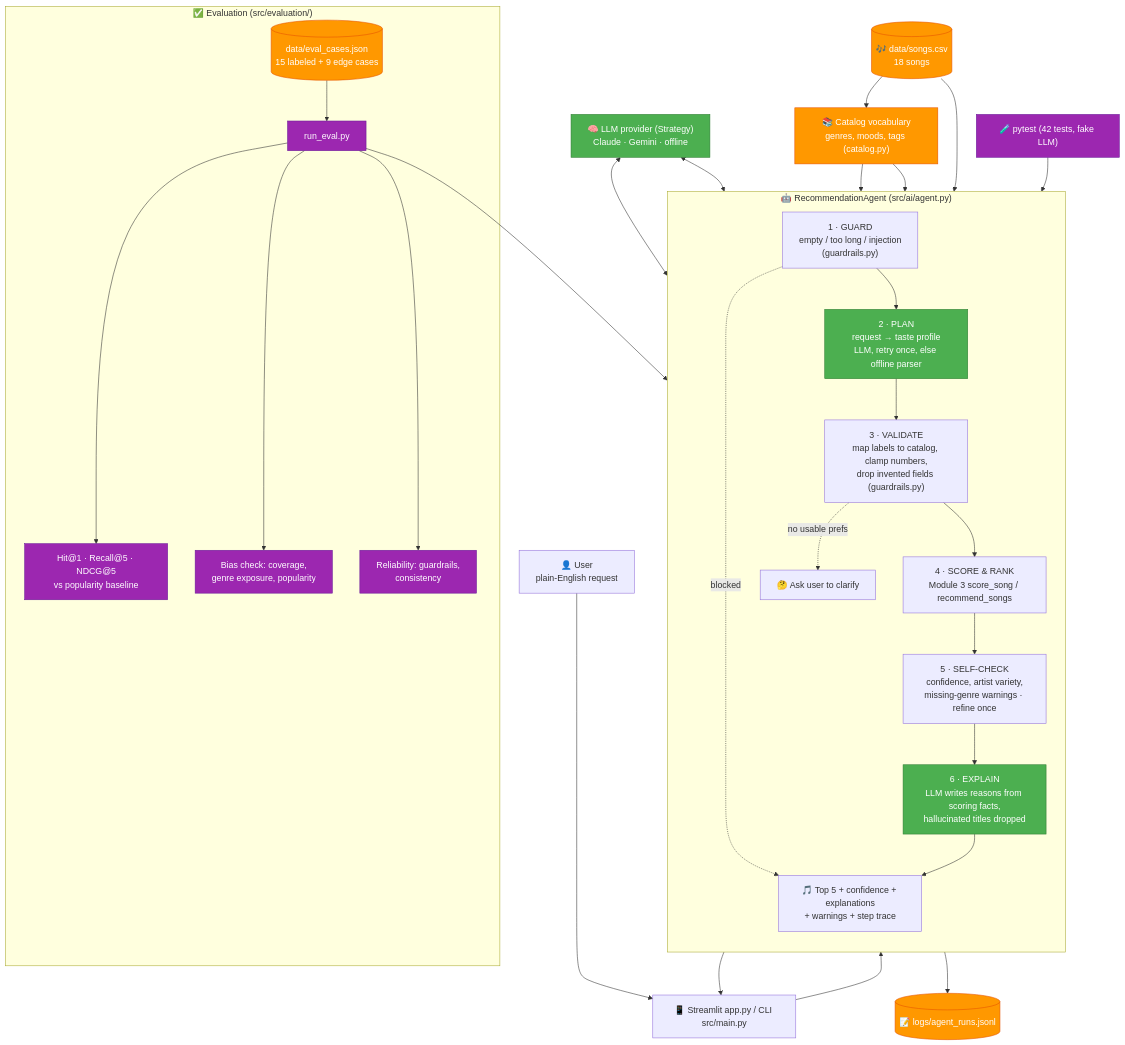
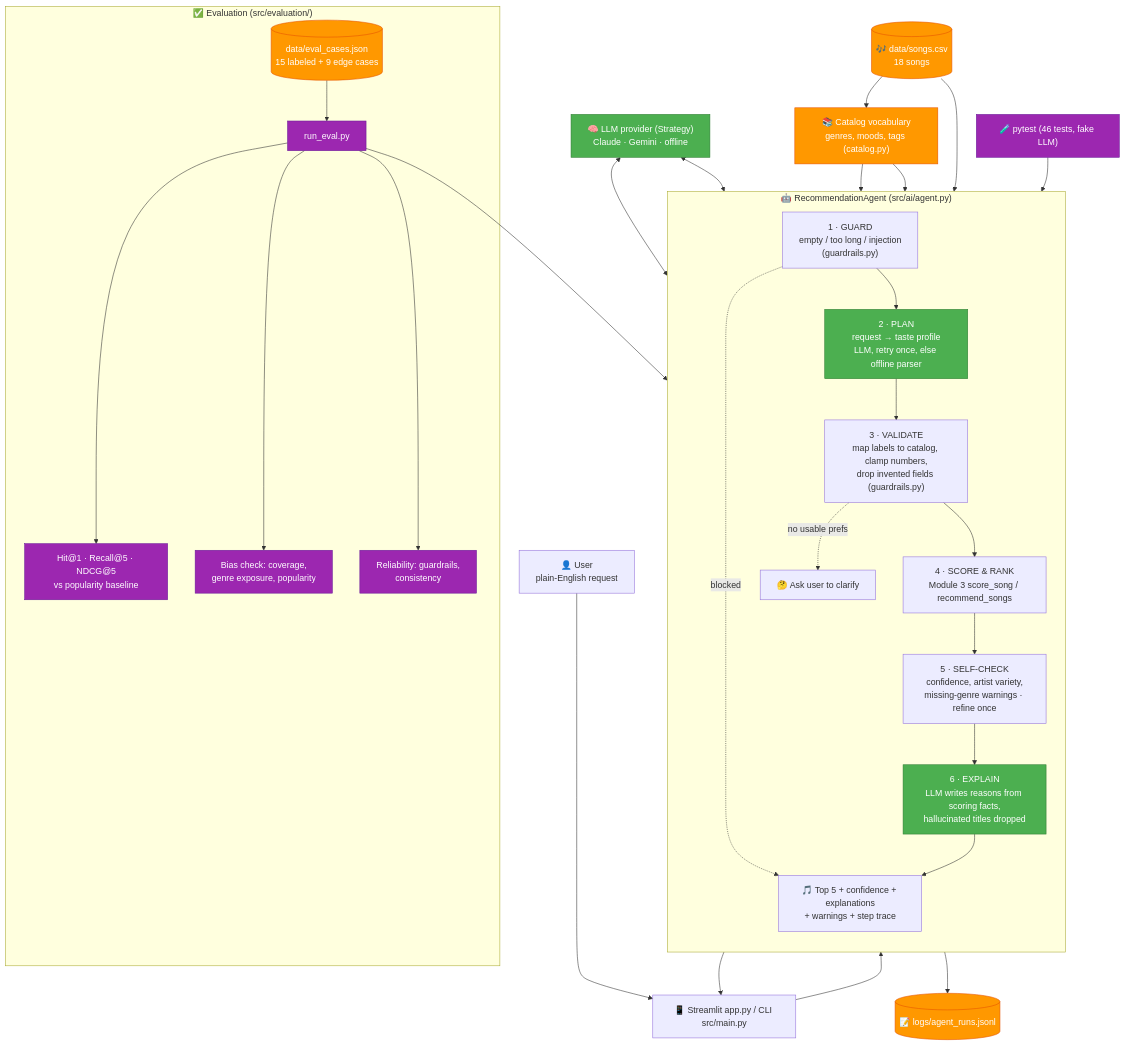
Before and after one commit to zloy-bobr/applied-ai-system-project: the diagram in diagrams/architecture.mmd, drawn with Mermaid. The commit also changed 5 other files, not shown here.

```diff
--- a/diagrams/architecture.mmd
+++ b/diagrams/architecture.mmd
@@ -1,43 +1,43 @@
 flowchart TD
     User["👤 User<br/>plain-English request"] --> UI["📱 Streamlit app.py / CLI src/main.py"]
     UI --> Agent
 
     subgraph Agent["🤖 RecommendationAgent (src/ai/agent.py)"]
         direction TB
         G["1 · GUARD<br/>empty / too long / injection<br/>(guardrails.py)"]
         P["2 · PLAN<br/>request → taste profile<br/>LLM, retry once, else offline parser"]
         V["3 · VALIDATE<br/>map labels to catalog, clamp numbers,<br/>drop invented fields (guardrails.py)"]
         S["4 · SCORE & RANK<br/>Module 3 score_song / recommend_songs"]
         C["5 · SELF-CHECK<br/>confidence, artist variety,<br/>missing-genre warnings · refine once"]
         E["6 · EXPLAIN<br/>LLM writes reasons from scoring facts,<br/>hallucinated titles dropped"]
         G --> P --> V --> S --> C --> E
         G -. blocked .-> Out
         V -. no usable prefs .-> Clarify["🤔 Ask user to clarify"]
     end
 
     LLM["🧠 LLM provider (Strategy)<br/>Claude · Gemini · offline"] <--> P
     LLM <--> E
     Vocab["📚 Catalog vocabulary<br/>genres, moods, tags (catalog.py)"] --> P
     Vocab --> V
     Songs[("🎶 data/songs.csv<br/>18 songs")] --> Vocab
     Songs --> S
 
     E --> Out["🎵 Top 5 + confidence + explanations<br/>+ warnings + step trace"]
     Out --> UI
     Agent --> Log[("📝 logs/agent_runs.jsonl")]
 
     subgraph Eval["✅ Evaluation (src/evaluation/)"]
         Cases[("data/eval_cases.json<br/>15 labeled + 9 edge cases")] --> Harness["run_eval.py"]
         Harness --> Metrics["Hit@1 · Recall@5 · NDCG@5<br/>vs popularity baseline"]
         Harness --> Bias["Bias check: coverage,<br/>genre exposure, popularity"]
         Harness --> Rel["Reliability: guardrails,<br/>consistency"]
     end
     Harness --> Agent
-    Tests["🧪 pytest (42 tests, fake LLM)"] --> Agent
+    Tests["🧪 pytest (46 tests, fake LLM)"] --> Agent
 
     classDef ai fill:#4CAF50,stroke:#2E7D32,color:#fff
     classDef data fill:#FF9800,stroke:#E65100,color:#fff
     classDef eval fill:#9C27B0,stroke:#6A1B9A,color:#fff
     class P,E,LLM ai
     class Songs,Vocab,Cases,Log data
     class Harness,Metrics,Bias,Rel,Tests eval
```
